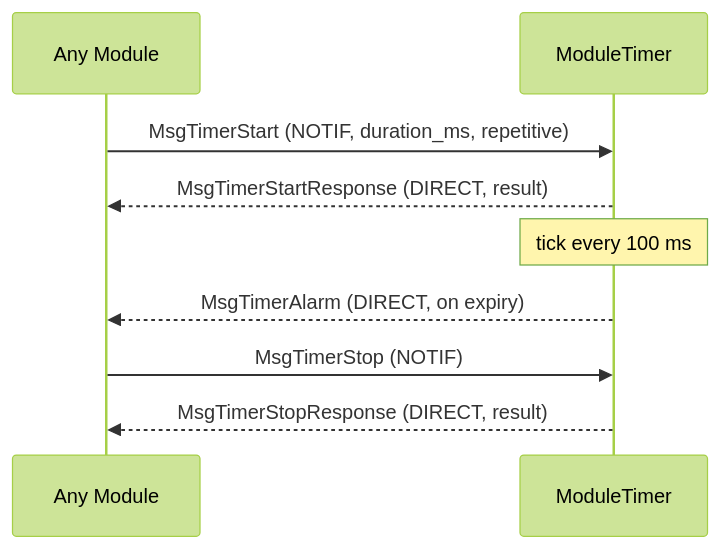
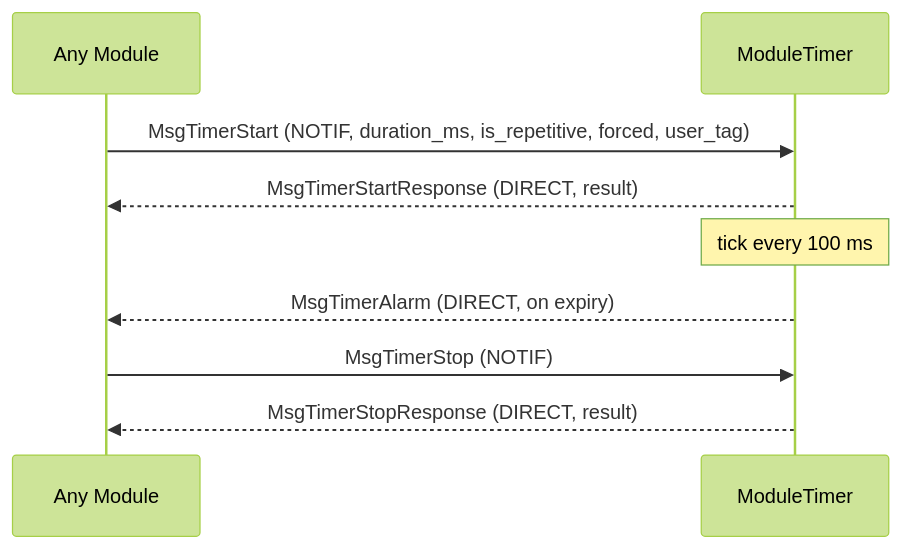
Before and after one commit to chathuranga1931/ferp-message-que-com-fw: the second of 13 diagrams in documents/HSYS FW User Manual.md, drawn with Mermaid (forest theme). The commit also changed other lines of this file and 39 other files, not shown here.

````diff
--- a/documents/HSYS FW User Manual.md
+++ b/documents/HSYS FW User Manual.md
@@ -478,11 +482,11 @@
 ```mermaid
 sequenceDiagram
     participant A as Any Module
     participant T as ModuleTimer
-    A->>T: MsgTimerStart (NOTIF, duration_ms, repetitive)
+    A->>T: MsgTimerStart (NOTIF, duration_ms, is_repetitive, forced, user_tag)
     T-->>A: MsgTimerStartResponse (DIRECT, result)
     Note over T: tick every 100 ms
     T-->>A: MsgTimerAlarm (DIRECT, on expiry)
     A->>T: MsgTimerStop (NOTIF)
     T-->>A: MsgTimerStopResponse (DIRECT, result)
 ```
````
